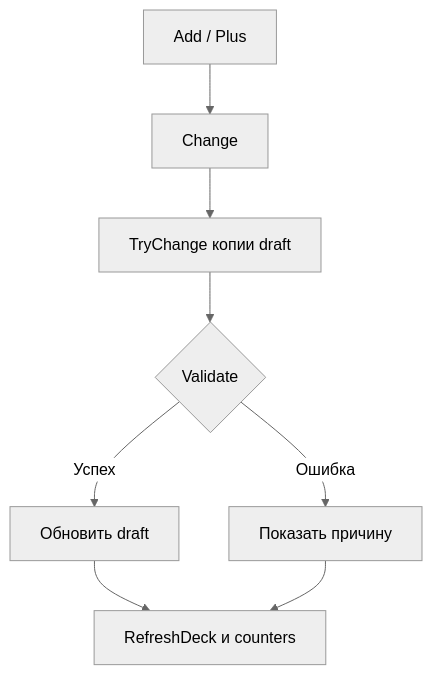
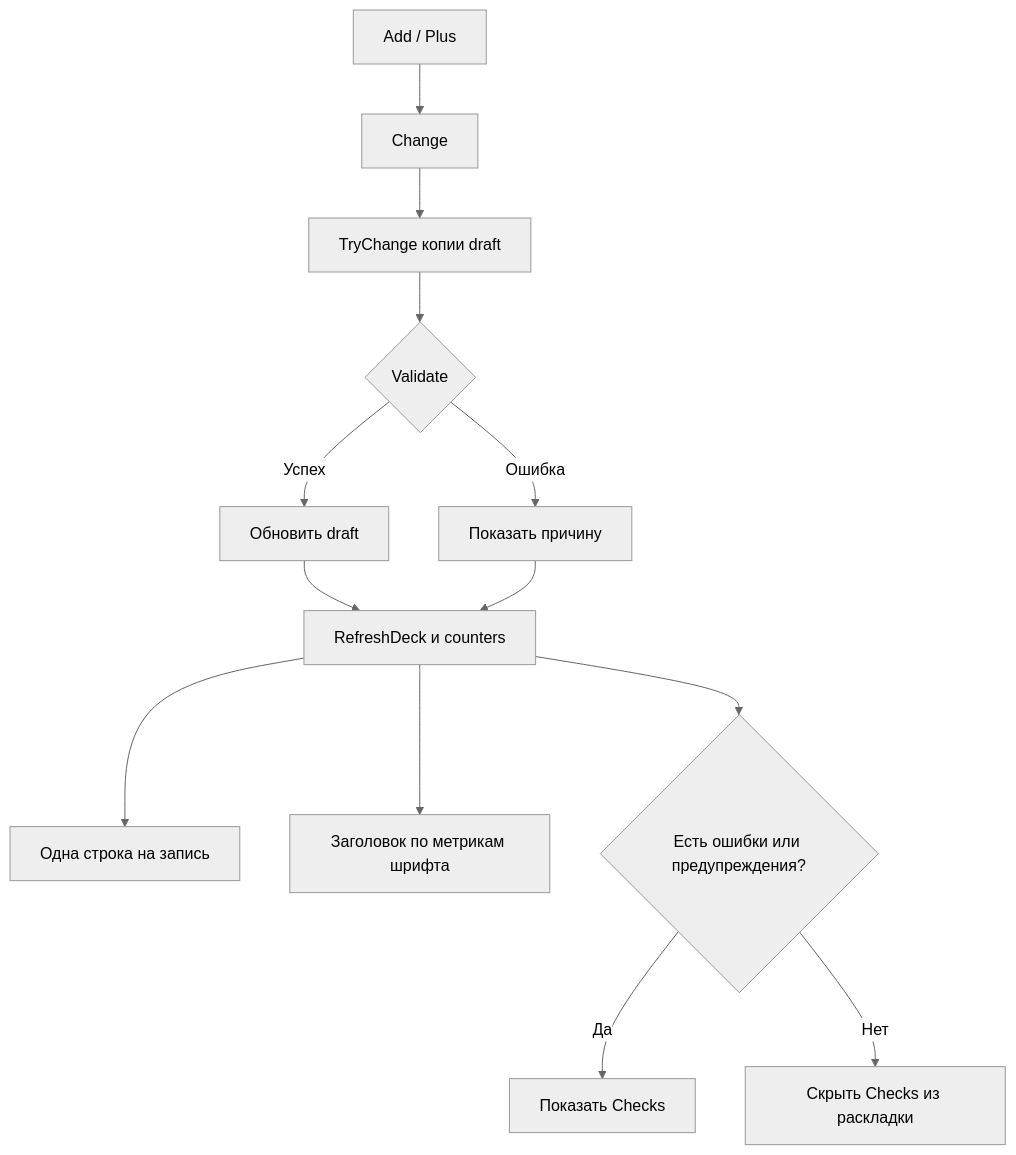
Diagram 11 of 12 in Docs/Playtest_Fixes_2026-10-12.md (HolyPenguin21/turnbased-ae-style), drawn with Mermaid (neutral theme) before and after one commit. The commit also changed other lines of this file and 7 other files, not shown here.

````diff
--- a/Docs/Playtest_Fixes_2026-10-12.md
+++ b/Docs/Playtest_Fixes_2026-10-12.md
@@ -164,10 +177,15 @@
 ```mermaid
 flowchart TD
   A[Add / Plus] --> B[Change]
   B --> C[TryChange копии draft]
   C --> D{Validate}
   D -->|Успех| E[Обновить draft]
   D -->|Ошибка| F[Показать причину]
   E --> G[RefreshDeck и counters]
   F --> G
+  G --> H[Одна строка на запись]
+  G --> I[Заголовок по метрикам шрифта]
+  G --> J{Есть ошибки или предупреждения?}
+  J -->|Да| K[Показать Checks]
+  J -->|Нет| L[Скрыть Checks из раскладки]
 ```
````
